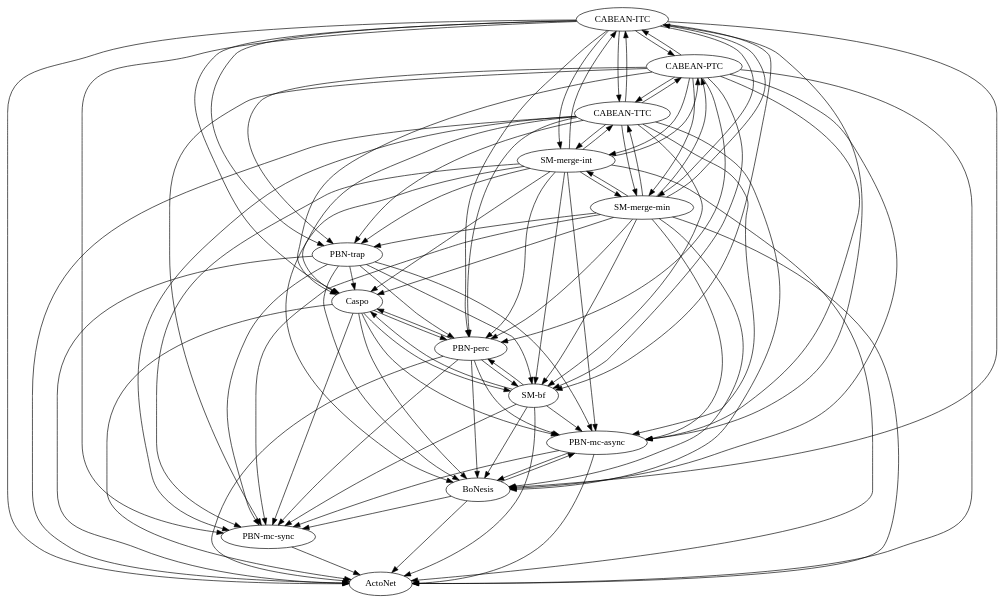
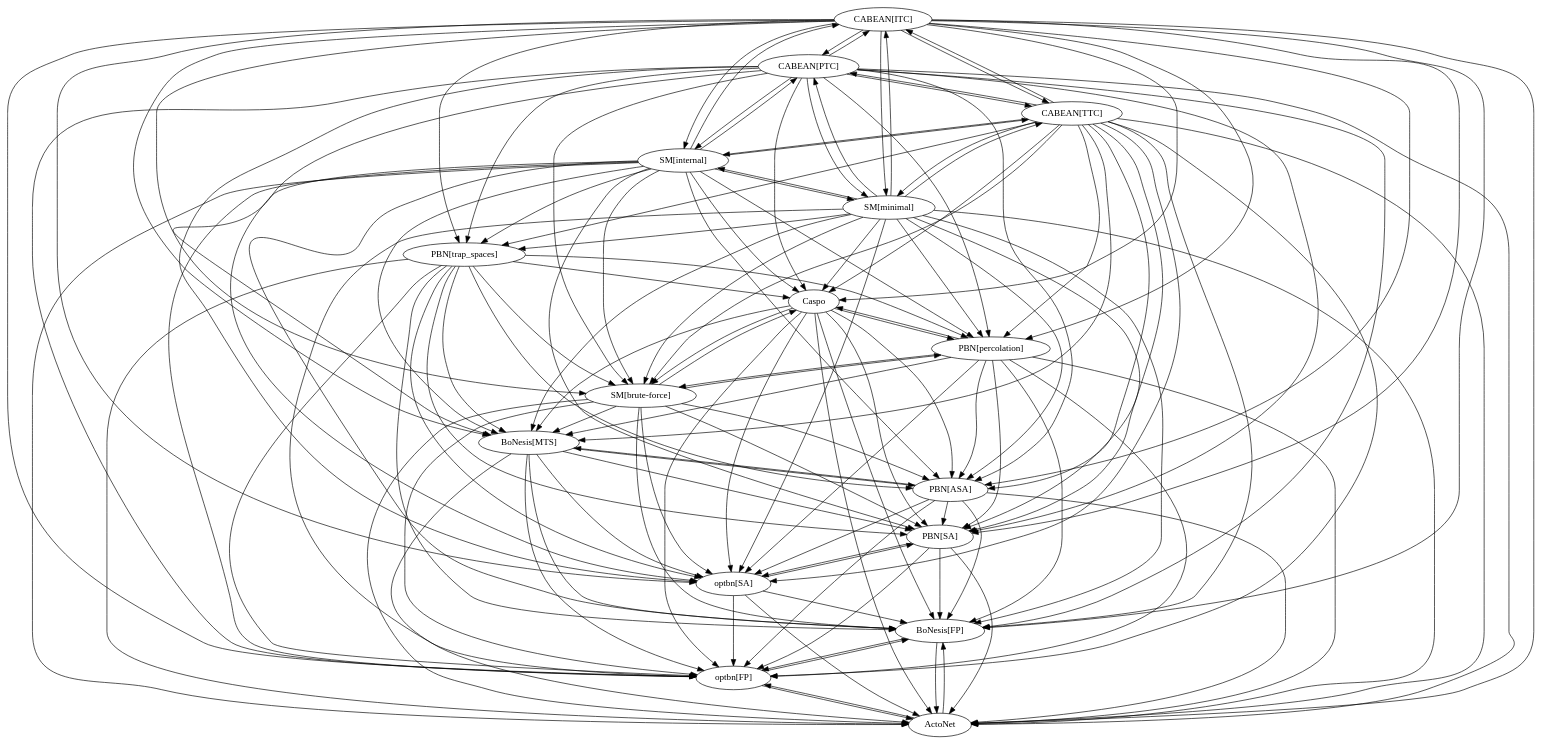
Before and after one commit to kalebmoon07/BN-control-taxonomy: the diagram in experiments/results/practical/T-LGL/_graph.dot, drawn with Graphviz. The commit also changed 195 other files, not shown here.

```diff
--- a/experiments/results/practical/T-LGL/_graph.dot
+++ b/experiments/results/practical/T-LGL/_graph.dot
@@ -1,107 +1,156 @@
 digraph G {
-"CABEAN-ITC";
-"CABEAN-PTC";
-"CABEAN-TTC";
-"PBN-mc-async";
-"PBN-mc-sync";
-"PBN-perc";
-"PBN-trap";
-"SM-bf";
-"SM-merge-int";
-"SM-merge-min";
+"BoNesis[FP]";
+"BoNesis[MTS]";
+"CABEAN[ITC]";
+"CABEAN[PTC]";
+"CABEAN[TTC]";
+"PBN[ASA]";
+"PBN[SA]";
+"PBN[percolation]";
+"PBN[trap_spaces]";
+"SM[brute-force]";
+"SM[internal]";
+"SM[minimal]";
+"optbn[FP]";
+"optbn[SA]";
 ActoNet;
-BoNesis;
 Caspo;
-"CABEAN-ITC" -> "CABEAN-PTC";
-"CABEAN-ITC" -> "CABEAN-TTC";
-"CABEAN-ITC" -> "PBN-mc-async";
-"CABEAN-ITC" -> "PBN-mc-sync";
-"CABEAN-ITC" -> "PBN-perc";
-"CABEAN-ITC" -> "PBN-trap";
-"CABEAN-ITC" -> "SM-bf";
-"CABEAN-ITC" -> "SM-merge-int";
-"CABEAN-ITC" -> "SM-merge-min";
-"CABEAN-ITC" -> ActoNet;
-"CABEAN-ITC" -> BoNesis;
-"CABEAN-ITC" -> Caspo;
-"CABEAN-PTC" -> "CABEAN-ITC";
-"CABEAN-PTC" -> "CABEAN-TTC";
-"CABEAN-PTC" -> "PBN-mc-async";
-"CABEAN-PTC" -> "PBN-mc-sync";
-"CABEAN-PTC" -> "PBN-perc";
-"CABEAN-PTC" -> "PBN-trap";
-"CABEAN-PTC" -> "SM-bf";
-"CABEAN-PTC" -> "SM-merge-int";
-"CABEAN-PTC" -> "SM-merge-min";
-"CABEAN-PTC" -> ActoNet;
-"CABEAN-PTC" -> BoNesis;
-"CABEAN-PTC" -> Caspo;
-"CABEAN-TTC" -> "CABEAN-ITC";
-"CABEAN-TTC" -> "CABEAN-PTC";
-"CABEAN-TTC" -> "PBN-mc-async";
-"CABEAN-TTC" -> "PBN-mc-sync";
-"CABEAN-TTC" -> "PBN-perc";
-"CABEAN-TTC" -> "PBN-trap";
-"CABEAN-TTC" -> "SM-bf";
-"CABEAN-TTC" -> "SM-merge-int";
-"CABEAN-TTC" -> "SM-merge-min";
-"CABEAN-TTC" -> ActoNet;
-"CABEAN-TTC" -> BoNesis;
-"CABEAN-TTC" -> Caspo;
-"PBN-mc-async" -> "PBN-mc-sync";
-"PBN-mc-async" -> ActoNet;
-"PBN-mc-async" -> BoNesis;
-"PBN-mc-sync" -> ActoNet;
-"PBN-perc" -> "PBN-mc-async";
-"PBN-perc" -> "PBN-mc-sync";
-"PBN-perc" -> "SM-bf";
-"PBN-perc" -> ActoNet;
-"PBN-perc" -> BoNesis;
-"PBN-perc" -> Caspo;
-"PBN-trap" -> "PBN-mc-async";
-"PBN-trap" -> "PBN-mc-sync";
-"PBN-trap" -> "PBN-perc";
-"PBN-trap" -> "SM-bf";
-"PBN-trap" -> ActoNet;
-"PBN-trap" -> BoNesis;
-"PBN-trap" -> Caspo;
-"SM-bf" -> "PBN-mc-async";
-"SM-bf" -> "PBN-mc-sync";
-"SM-bf" -> "PBN-perc";
-"SM-bf" -> ActoNet;
-"SM-bf" -> BoNesis;
-"SM-bf" -> Caspo;
-"SM-merge-int" -> "CABEAN-ITC";
-"SM-merge-int" -> "CABEAN-PTC";
-"SM-merge-int" -> "CABEAN-TTC";
-"SM-merge-int" -> "PBN-mc-async";
-"SM-merge-int" -> "PBN-mc-sync";
-"SM-merge-int" -> "PBN-perc";
-"SM-merge-int" -> "PBN-trap";
-"SM-merge-int" -> "SM-bf";
-"SM-merge-int" -> "SM-merge-min";
-"SM-merge-int" -> ActoNet;
-"SM-merge-int" -> BoNesis;
-"SM-merge-int" -> Caspo;
-"SM-merge-min" -> "CABEAN-ITC";
-"SM-merge-min" -> "CABEAN-PTC";
-"SM-merge-min" -> "CABEAN-TTC";
-"SM-merge-min" -> "PBN-mc-async";
-"SM-merge-min" -> "PBN-mc-sync";
-"SM-merge-min" -> "PBN-perc";
-"SM-merge-min" -> "PBN-trap";
-"SM-merge-min" -> "SM-bf";
-"SM-merge-min" -> "SM-merge-int";
-"SM-merge-min" -> ActoNet;
-"SM-merge-min" -> BoNesis;
-"SM-merge-min" -> Caspo;
-BoNesis -> "PBN-mc-async";
-BoNesis -> "PBN-mc-sync";
-BoNesis -> ActoNet;
-Caspo -> "PBN-mc-async";
-Caspo -> "PBN-mc-sync";
-Caspo -> "PBN-perc";
-Caspo -> "SM-bf";
+"BoNesis[FP]" -> "optbn[FP]";
+"BoNesis[FP]" -> ActoNet;
+"BoNesis[MTS]" -> "BoNesis[FP]";
+"BoNesis[MTS]" -> "PBN[ASA]";
+"BoNesis[MTS]" -> "PBN[SA]";
+"BoNesis[MTS]" -> "optbn[FP]";
+"BoNesis[MTS]" -> "optbn[SA]";
+"BoNesis[MTS]" -> ActoNet;
+"CABEAN[ITC]" -> "BoNesis[FP]";
+"CABEAN[ITC]" -> "BoNesis[MTS]";
+"CABEAN[ITC]" -> "CABEAN[PTC]";
+"CABEAN[ITC]" -> "CABEAN[TTC]";
+"CABEAN[ITC]" -> "PBN[ASA]";
+"CABEAN[ITC]" -> "PBN[SA]";
+"CABEAN[ITC]" -> "PBN[percolation]";
+"CABEAN[ITC]" -> "PBN[trap_spaces]";
+"CABEAN[ITC]" -> "SM[brute-force]";
+"CABEAN[ITC]" -> "SM[internal]";
+"CABEAN[ITC]" -> "SM[minimal]";
+"CABEAN[ITC]" -> "optbn[FP]";
+"CABEAN[ITC]" -> "optbn[SA]";
+"CABEAN[ITC]" -> ActoNet;
+"CABEAN[ITC]" -> Caspo;
+"CABEAN[PTC]" -> "BoNesis[FP]";
+"CABEAN[PTC]" -> "BoNesis[MTS]";
+"CABEAN[PTC]" -> "CABEAN[ITC]";
+"CABEAN[PTC]" -> "CABEAN[TTC]";
+"CABEAN[PTC]" -> "PBN[ASA]";
+"CABEAN[PTC]" -> "PBN[SA]";
+"CABEAN[PTC]" -> "PBN[percolation]";
+"CABEAN[PTC]" -> "PBN[trap_spaces]";
+"CABEAN[PTC]" -> "SM[brute-force]";
+"CABEAN[PTC]" -> "SM[internal]";
+"CABEAN[PTC]" -> "SM[minimal]";
+"CABEAN[PTC]" -> "optbn[FP]";
+"CABEAN[PTC]" -> "optbn[SA]";
+"CABEAN[PTC]" -> ActoNet;
+"CABEAN[PTC]" -> Caspo;
+"CABEAN[TTC]" -> "BoNesis[FP]";
+"CABEAN[TTC]" -> "BoNesis[MTS]";
+"CABEAN[TTC]" -> "CABEAN[ITC]";
+"CABEAN[TTC]" -> "CABEAN[PTC]";
+"CABEAN[TTC]" -> "PBN[ASA]";
+"CABEAN[TTC]" -> "PBN[SA]";
+"CABEAN[TTC]" -> "PBN[percolation]";
+"CABEAN[TTC]" -> "PBN[trap_spaces]";
+"CABEAN[TTC]" -> "SM[brute-force]";
+"CABEAN[TTC]" -> "SM[internal]";
+"CABEAN[TTC]" -> "SM[minimal]";
+"CABEAN[TTC]" -> "optbn[FP]";
+"CABEAN[TTC]" -> "optbn[SA]";
+"CABEAN[TTC]" -> ActoNet;
+"CABEAN[TTC]" -> Caspo;
+"PBN[ASA]" -> "BoNesis[FP]";
+"PBN[ASA]" -> "BoNesis[MTS]";
+"PBN[ASA]" -> "PBN[SA]";
+"PBN[ASA]" -> "optbn[FP]";
+"PBN[ASA]" -> "optbn[SA]";
+"PBN[ASA]" -> ActoNet;
+"PBN[SA]" -> "BoNesis[FP]";
+"PBN[SA]" -> "optbn[FP]";
+"PBN[SA]" -> "optbn[SA]";
+"PBN[SA]" -> ActoNet;
+"PBN[percolation]" -> "BoNesis[FP]";
+"PBN[percolation]" -> "BoNesis[MTS]";
+"PBN[percolation]" -> "PBN[ASA]";
+"PBN[percolation]" -> "PBN[SA]";
+"PBN[percolation]" -> "SM[brute-force]";
+"PBN[percolation]" -> "optbn[FP]";
+"PBN[percolation]" -> "optbn[SA]";
+"PBN[percolation]" -> ActoNet;
+"PBN[percolation]" -> Caspo;
+"PBN[trap_spaces]" -> "BoNesis[FP]";
+"PBN[trap_spaces]" -> "BoNesis[MTS]";
+"PBN[trap_spaces]" -> "PBN[ASA]";
+"PBN[trap_spaces]" -> "PBN[SA]";
+"PBN[trap_spaces]" -> "PBN[percolation]";
+"PBN[trap_spaces]" -> "SM[brute-force]";
+"PBN[trap_spaces]" -> "optbn[FP]";
+"PBN[trap_spaces]" -> "optbn[SA]";
+"PBN[trap_spaces]" -> ActoNet;
+"PBN[trap_spaces]" -> Caspo;
+"SM[brute-force]" -> "BoNesis[FP]";
+"SM[brute-force]" -> "BoNesis[MTS]";
+"SM[brute-force]" -> "PBN[ASA]";
+"SM[brute-force]" -> "PBN[SA]";
+"SM[brute-force]" -> "PBN[percolation]";
+"SM[brute-force]" -> "optbn[FP]";
+"SM[brute-force]" -> "optbn[SA]";
+"SM[brute-force]" -> ActoNet;
+"SM[brute-force]" -> Caspo;
+"SM[internal]" -> "BoNesis[FP]";
+"SM[internal]" -> "BoNesis[MTS]";
+"SM[internal]" -> "CABEAN[ITC]";
+"SM[internal]" -> "CABEAN[PTC]";
+"SM[internal]" -> "CABEAN[TTC]";
+"SM[internal]" -> "PBN[ASA]";
+"SM[internal]" -> "PBN[SA]";
+"SM[internal]" -> "PBN[percolation]";
+"SM[internal]" -> "PBN[trap_spaces]";
+"SM[internal]" -> "SM[brute-force]";
+"SM[internal]" -> "SM[minimal]";
+"SM[internal]" -> "optbn[FP]";
+"SM[internal]" -> "optbn[SA]";
+"SM[internal]" -> ActoNet;
+"SM[internal]" -> Caspo;
+"SM[minimal]" -> "BoNesis[FP]";
+"SM[minimal]" -> "BoNesis[MTS]";
+"SM[minimal]" -> "CABEAN[ITC]";
+"SM[minimal]" -> "CABEAN[PTC]";
+"SM[minimal]" -> "CABEAN[TTC]";
+"SM[minimal]" -> "PBN[ASA]";
+"SM[minimal]" -> "PBN[SA]";
+"SM[minimal]" -> "PBN[percolation]";
+"SM[minimal]" -> "PBN[trap_spaces]";
+"SM[minimal]" -> "SM[brute-force]";
+"SM[minimal]" -> "SM[internal]";
+"SM[minimal]" -> "optbn[FP]";
+"SM[minimal]" -> "optbn[SA]";
+"SM[minimal]" -> ActoNet;
+"SM[minimal]" -> Caspo;
+"optbn[FP]" -> "BoNesis[FP]";
+"optbn[FP]" -> ActoNet;
+"optbn[SA]" -> "BoNesis[FP]";
+"optbn[SA]" -> "PBN[SA]";
+"optbn[SA]" -> "optbn[FP]";
+"optbn[SA]" -> ActoNet;
+ActoNet -> "BoNesis[FP]";
+ActoNet -> "optbn[FP]";
+Caspo -> "BoNesis[FP]";
+Caspo -> "BoNesis[MTS]";
+Caspo -> "PBN[ASA]";
+Caspo -> "PBN[SA]";
+Caspo -> "PBN[percolation]";
+Caspo -> "SM[brute-force]";
+Caspo -> "optbn[FP]";
+Caspo -> "optbn[SA]";
 Caspo -> ActoNet;
-Caspo -> BoNesis;
 }
```
